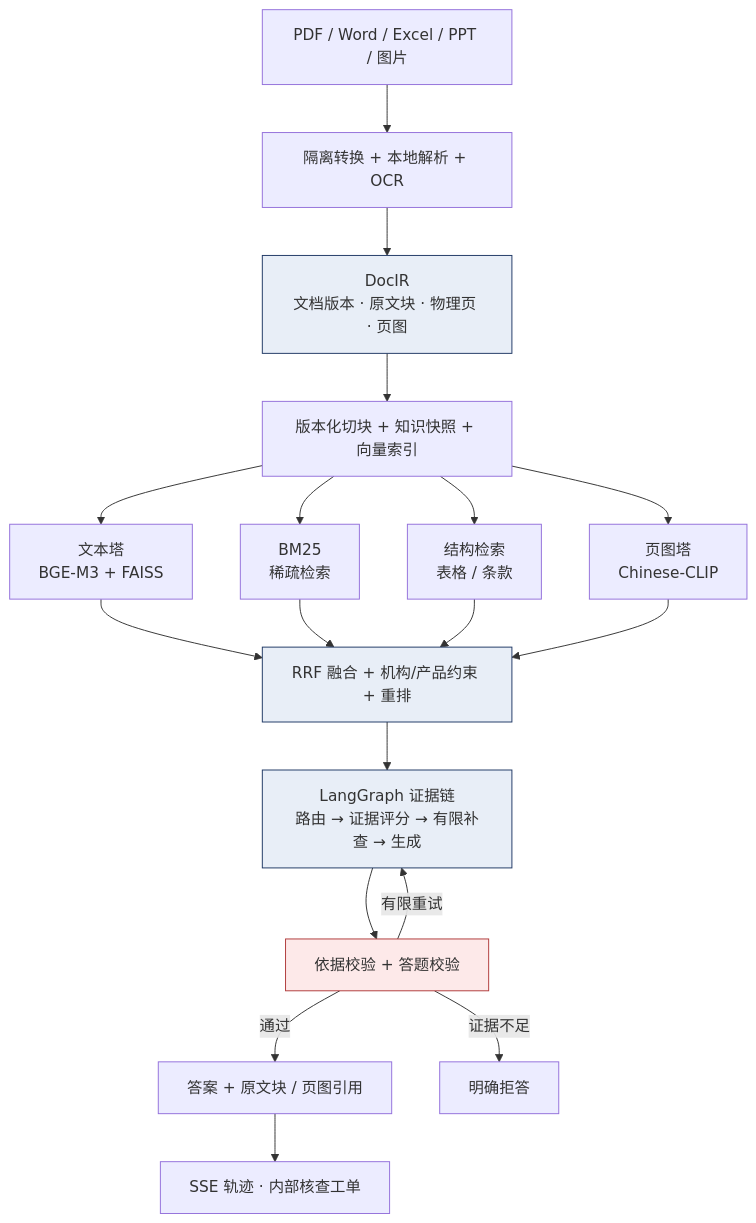
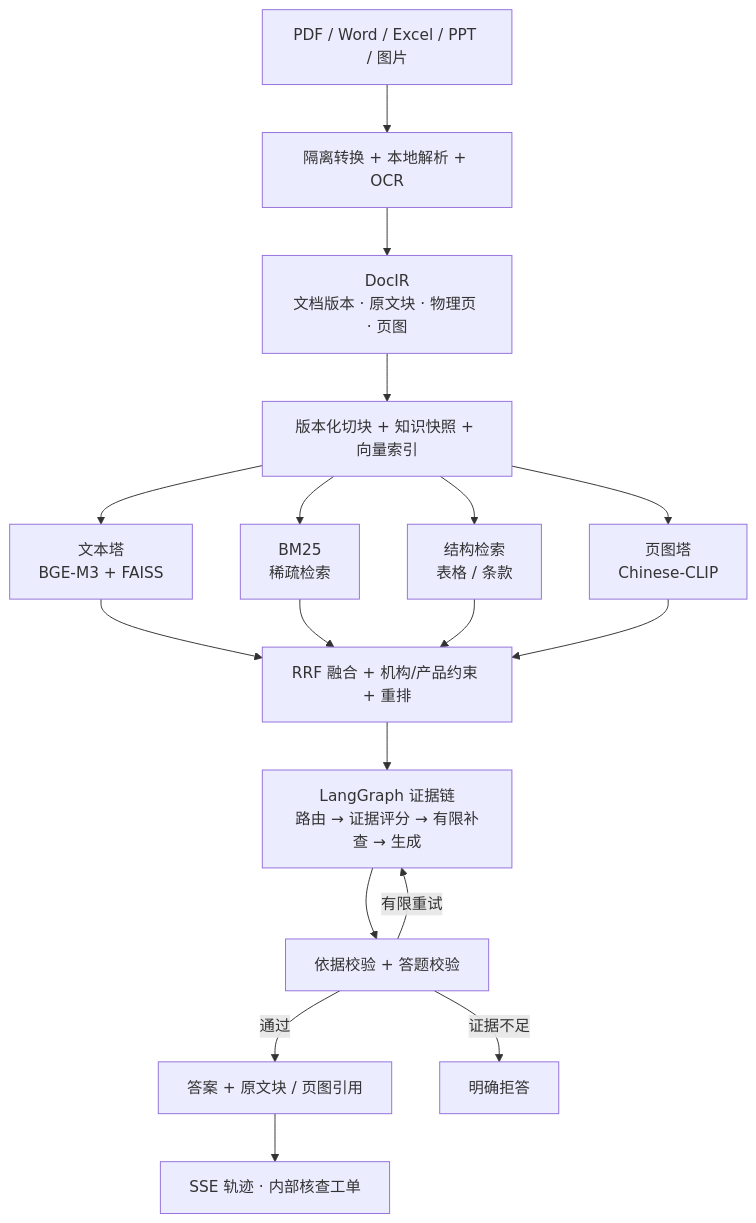
One commit to bigbigstrange/Financial_QA changed the diagram in README.md. Above: the diagram before and after it, drawn with Mermaid. The commit also changed other lines of this file and 5 other files, not shown here.

First line of the commit message:
docs: add visual evidence pack (architecture, metrics, terminal demo)

````diff
--- a/README.md
+++ b/README.md
@@ -31,28 +38,23 @@
 ```mermaid
 flowchart TD
     A[PDF / Word / Excel / PPT / 图片] --> B[隔离转换 + 本地解析 + OCR]
     B --> C[DocIR<br/>文档版本 · 原文块 · 物理页 · 页图]
     C --> D[版本化切块 + 知识快照 + 向量索引]
 
     D --> E1[文本塔<br/>BGE-M3 + FAISS]
     D --> E2[BM25<br/>稀疏检索]
     D --> E3[结构检索<br/>表格 / 条款]
     D --> E4[页图塔<br/>Chinese-CLIP]
 
     E1 --> F[RRF 融合 + 机构/产品约束 + 重排]
     E2 --> F
     E3 --> F
     E4 --> F
 
     F --> G[LangGraph 证据链<br/>路由 → 证据评分 → 有限补查 → 生成]
     G --> H[依据校验 + 答题校验]
     H -->|通过| I[答案 + 原文块 / 页图引用]
     H -->|有限重试| G
     H -->|证据不足| J[明确拒答]
     I --> K[SSE 轨迹 · 内部核查工单]
-
-    style C fill:#E8EEF7,stroke:#1F3864
-    style F fill:#E8EEF7,stroke:#1F3864
-    style G fill:#E8EEF7,stroke:#1F3864
-    style H fill:#FDE9E9,stroke:#B03A3A
 ```
````
